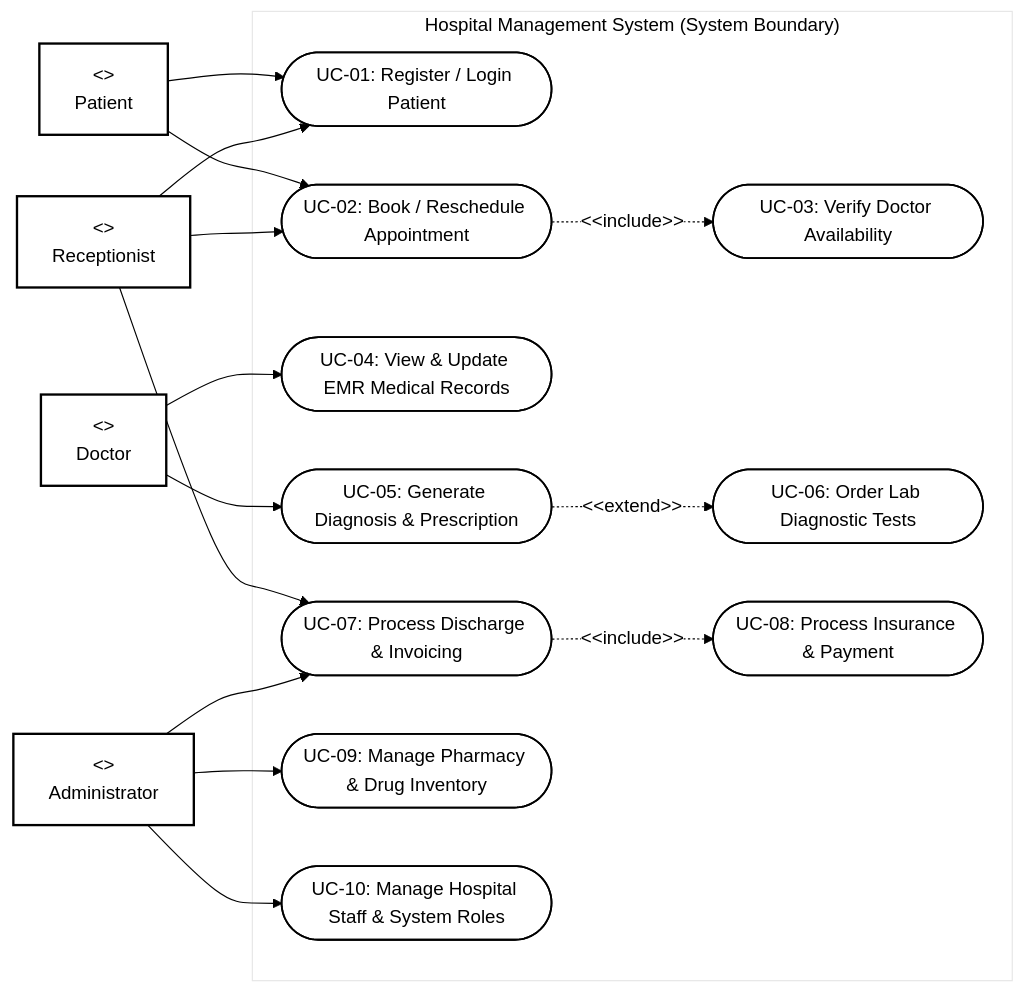
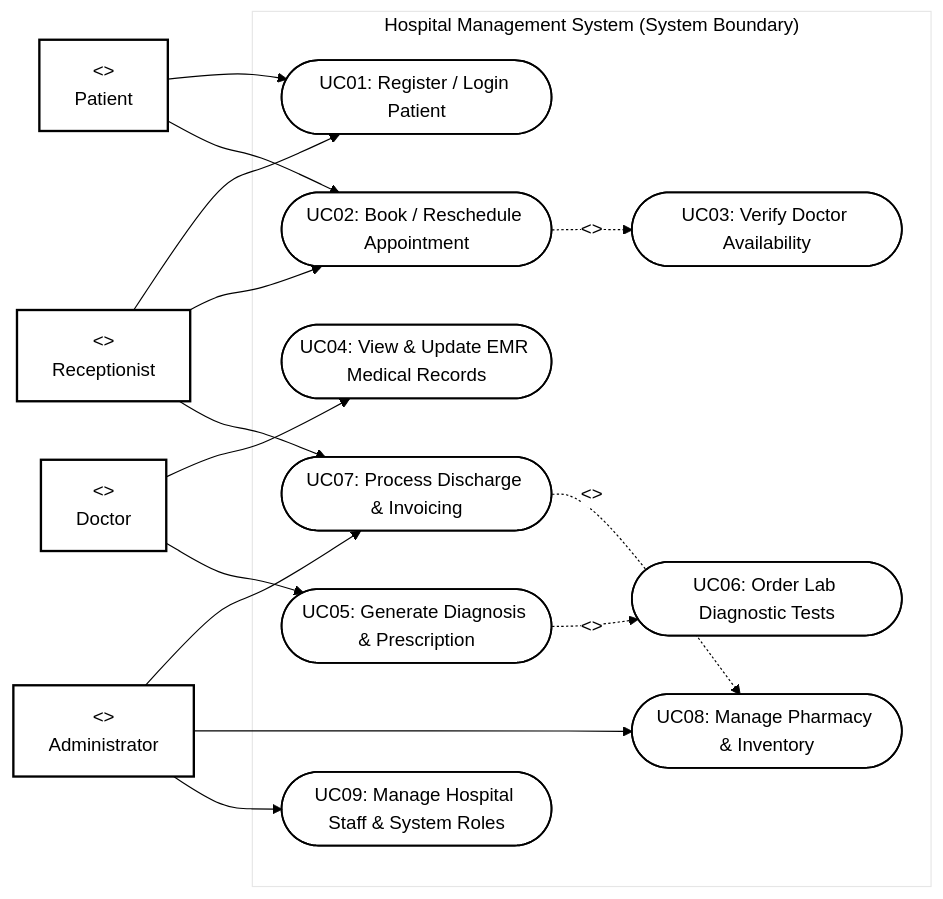
One commit to tiwaritanay01/AISC_CLI changed the diagram in SE/hospital/hospital_usecase.mmd. Above: the diagram before and after it, drawn with Mermaid. The commit also changed 265 other files, not shown here.

Commit message:
Add all 25 Software Engineering case studies with 100 UML and DFD Mermaid.js diagrams

```diff
--- a/SE/hospital/hospital_usecase.mmd
+++ b/SE/hospital/hospital_usecase.mmd
@@ -1,46 +1,39 @@
 %%{init: {'theme': 'base', 'themeVariables': {'primaryColor': '#ffffff', 'primaryTextColor': '#000000', 'primaryBorderColor': '#000000', 'lineColor': '#000000', 'secondaryColor': '#ffffff', 'tertiaryColor': '#ffffff'}}}%%
 flowchart LR
     classDef default fill:#ffffff,stroke:#000000,stroke-width:1.5px,color:#000000;
     classDef actorStyle fill:#ffffff,stroke:#000000,stroke-width:2px,color:#000000,stroke-dasharray: 0;
 
     subgraph SYSTEM ["Hospital Management System (System Boundary)"]
-        UC1([UC-01: Register / Login Patient])
-        UC2([UC-02: Book / Reschedule Appointment])
-        UC3([UC-03: Verify Doctor Availability])
-        UC4([UC-04: View & Update EMR Medical Records])
-        UC5([UC-05: Generate Diagnosis & Prescription])
-        UC6([UC-06: Order Lab Diagnostic Tests])
-        UC7([UC-07: Process Discharge & Invoicing])
-        UC8([UC-08: Process Insurance & Payment])
-        UC9([UC-09: Manage Pharmacy & Drug Inventory])
-        UC10([UC-10: Manage Hospital Staff & System Roles])
+        UC01(["UC01: Register / Login Patient"])
+        UC02(["UC02: Book / Reschedule Appointment"])
+        UC03(["UC03: Verify Doctor Availability"])
+        UC04(["UC04: View & Update EMR Medical Records"])
+        UC05(["UC05: Generate Diagnosis & Prescription"])
+        UC06(["UC06: Order Lab Diagnostic Tests"])
+        UC07(["UC07: Process Discharge & Invoicing"])
+        UC08(["UC08: Manage Pharmacy & Inventory"])
+        UC09(["UC09: Manage Hospital Staff & System Roles"])
     end
 
     %% Actors
     Patient["<<Actor>>\nPatient"]:::actorStyle
     Receptionist["<<Actor>>\nReceptionist"]:::actorStyle
     Doctor["<<Actor>>\nDoctor"]:::actorStyle
-    Admin["<<Actor>>\nAdministrator"]:::actorStyle
+    Administrator["<<Actor>>\nAdministrator"]:::actorStyle
 
-    %% Patient Associations
-    Patient --> UC1
-    Patient --> UC2
-
-    %% Receptionist Associations
-    Receptionist --> UC1
-    Receptionist --> UC2
-    Receptionist --> UC7
-
-    %% Doctor Associations
-    Doctor --> UC4
-    Doctor --> UC5
-
-    %% Admin Associations
-    Admin --> UC9
-    Admin --> UC10
-    Admin --> UC7
+    %% Actor to Use Case Associations
+    Patient --> UC01
+    Patient --> UC02
+    Receptionist --> UC01
+    Receptionist --> UC02
+    Receptionist --> UC07
+    Doctor --> UC04
+    Doctor --> UC05
+    Administrator --> UC07
+    Administrator --> UC08
+    Administrator --> UC09
 
     %% Include & Extend Relationships
-    UC2 -.->|&lt;&lt;include&gt;&gt;| UC3
-    UC5 -.->|&lt;&lt;extend&gt;&gt;| UC6
-    UC7 -.->|&lt;&lt;include&gt;&gt;| UC8
+    UC02 -.->|<<include>>| UC03
+    UC05 -.->|<<extend>>| UC06
+    UC07 -.->|<<include>>| UC08
```
